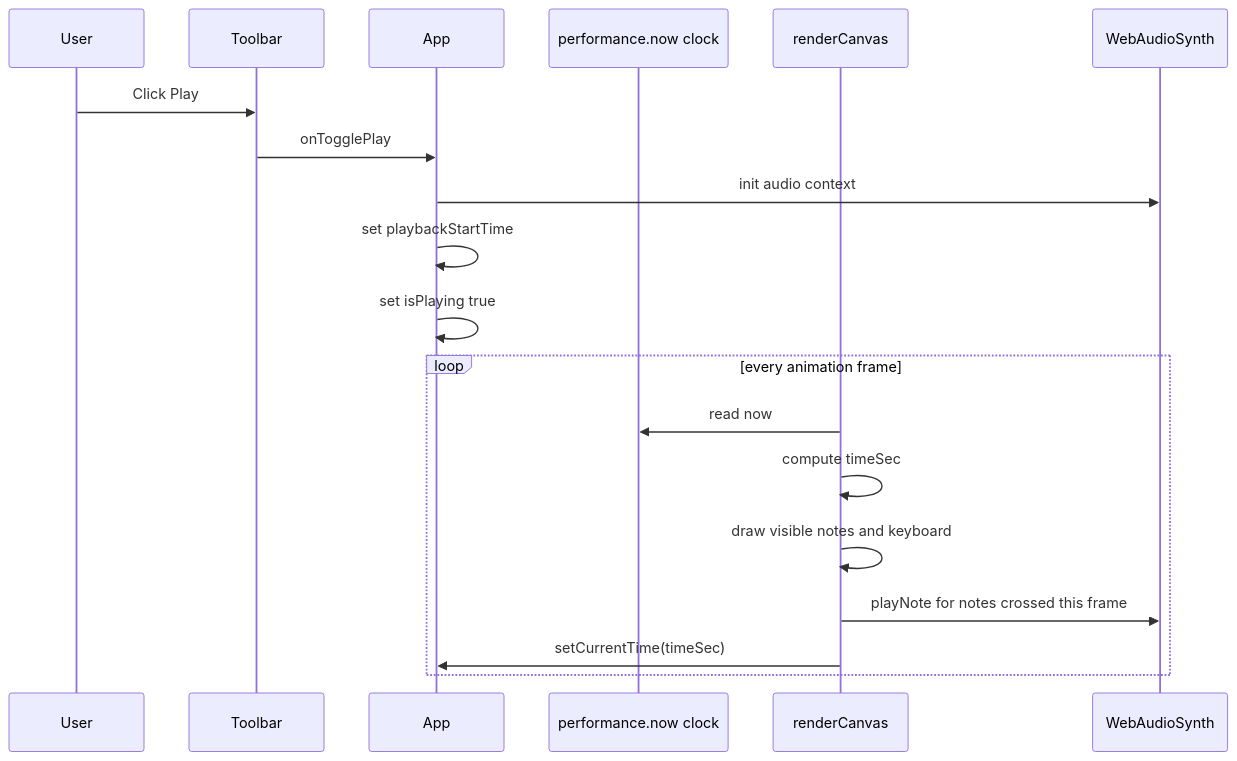
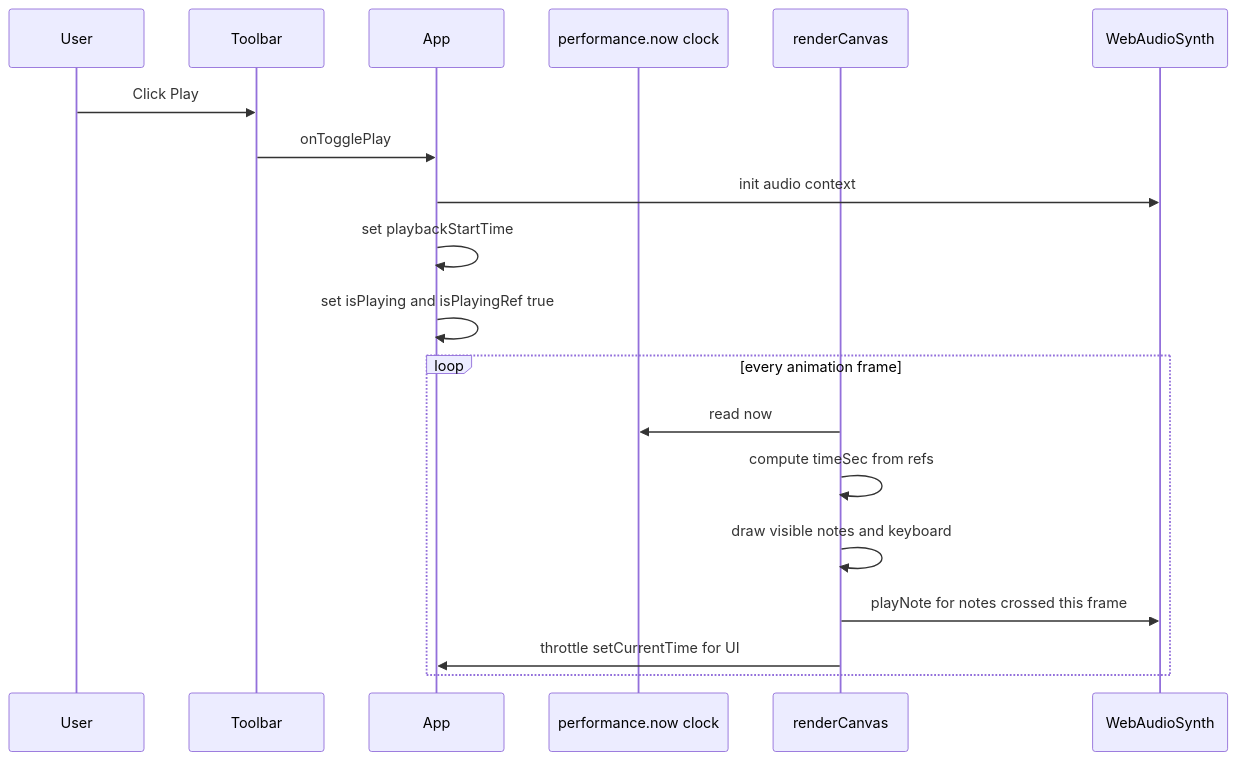
Before and after one commit to aadilmallick/midivisualizer: the second of 3 diagrams in AGENTS.md, drawn with Mermaid. The commit also changed other lines of this file and 1 other file, not shown here.

````diff
--- a/AGENTS.md
+++ b/AGENTS.md
@@ -335,22 +395,22 @@
 ```mermaid
 sequenceDiagram
     participant User
     participant Toolbar
     participant App
     participant Clock as performance.now clock
     participant Canvas as renderCanvas
     participant Synth as WebAudioSynth
 
     User->>Toolbar: Click Play
     Toolbar->>App: onTogglePlay
     App->>Synth: init audio context
     App->>App: set playbackStartTime
-    App->>App: set isPlaying true
+    App->>App: set isPlaying and isPlayingRef true
     loop every animation frame
         Canvas->>Clock: read now
-        Canvas->>Canvas: compute timeSec
+        Canvas->>Canvas: compute timeSec from refs
         Canvas->>Canvas: draw visible notes and keyboard
         Canvas->>Synth: playNote for notes crossed this frame
-        Canvas->>App: setCurrentTime(timeSec)
+        Canvas->>App: throttle setCurrentTime for UI
     end
 ```
````
